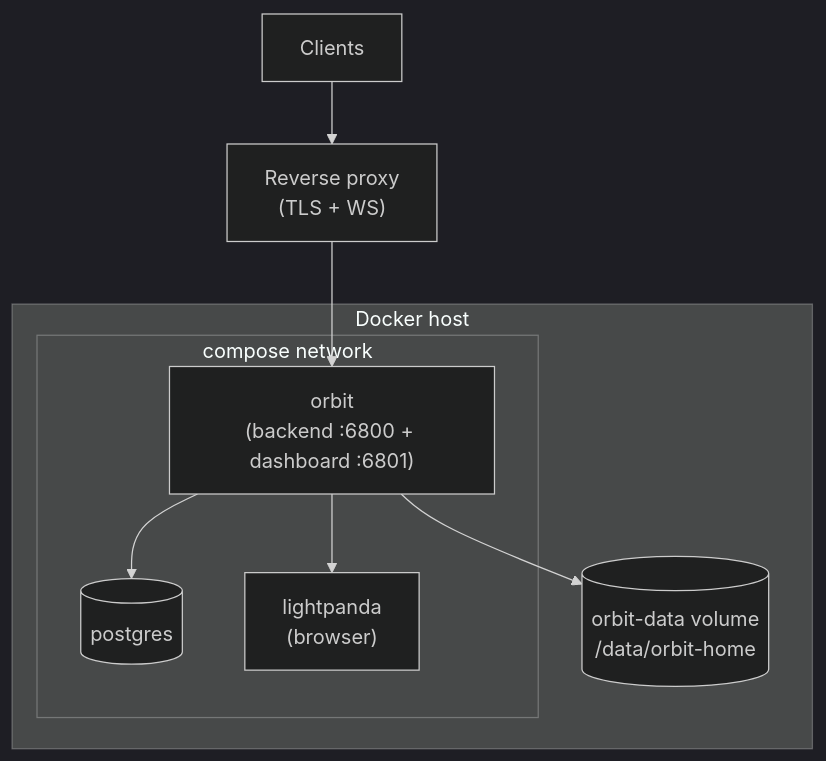
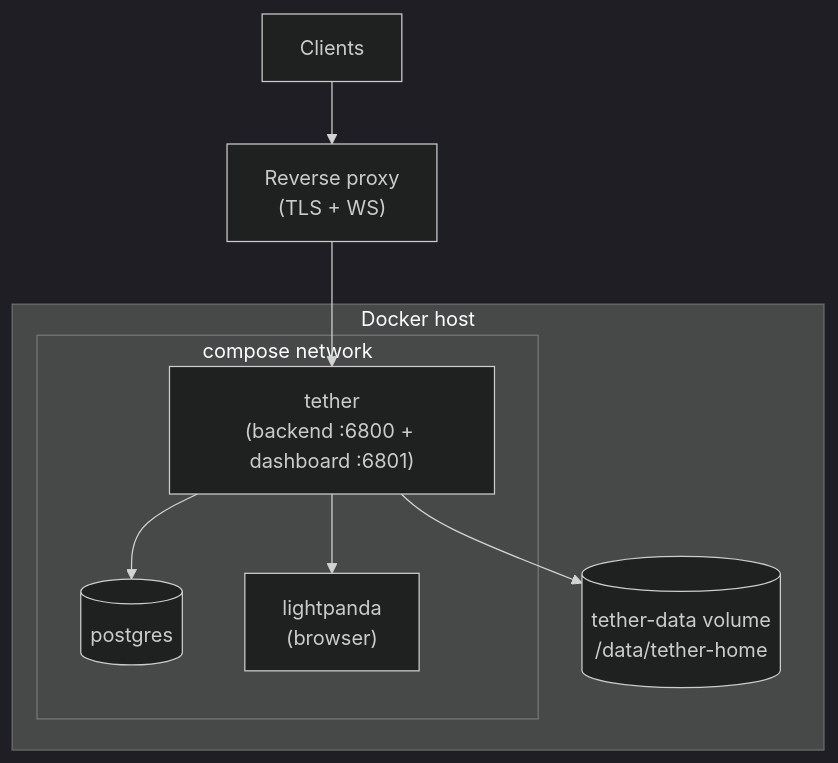
Diagram 11 of 11 in docs/architecture.md (BLANCO-11/Orbit), drawn with Mermaid (dark theme) before and after one commit. The commit also changed other lines of this file and 119 other files, not shown here.

````diff
--- a/docs/architecture.md
+++ b/docs/architecture.md
@@ -494,16 +494,16 @@
 ```mermaid
 flowchart TB
     subgraph host["Docker host"]
         subgraph net["compose network"]
-            O["orbit<br/>(backend :6800 + dashboard :6801)"]
+            O["tether<br/>(backend :6800 + dashboard :6801)"]
             PG[("postgres")]
             LP["lightpanda<br/>(browser)"]
         end
-        VOL[("orbit-data volume<br/>/data/orbit-home")]
+        VOL[("tether-data volume<br/>/data/tether-home")]
     end
     O --> PG
     O --> LP
     O --> VOL
     PROXY["Reverse proxy<br/>(TLS + WS)"] --> O
     CLIENT["Clients"] --> PROXY
 ```
````
